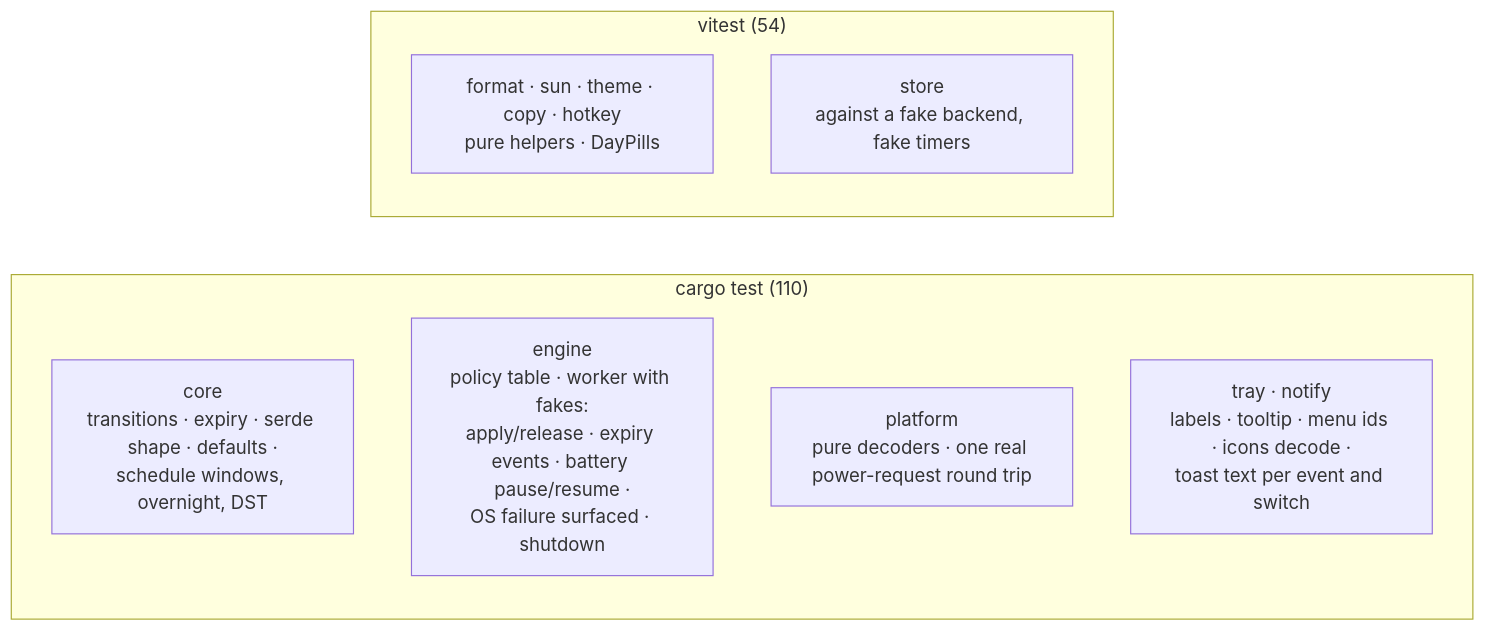
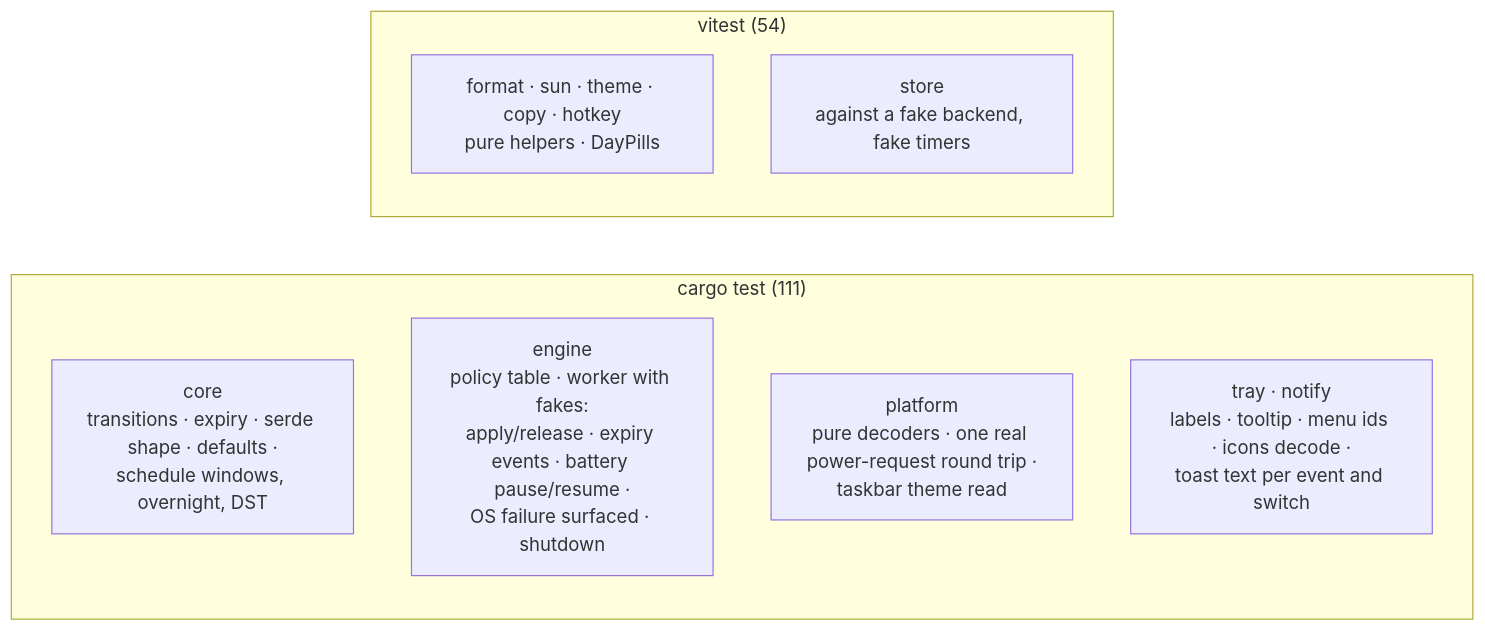
The second of 2 diagrams in docs/development.md (ax5hay/KeepMeAwake), drawn with Mermaid before and after one commit.

Commit message:
docs(development): test counts after 0.2

````diff
--- a/docs/development.md
+++ b/docs/development.md
@@ -112,13 +112,13 @@
 ```mermaid
 flowchart LR
-    subgraph rust["cargo test (110)"]
+    subgraph rust["cargo test (111)"]
         core_t["core<br/>transitions · expiry · serde shape · defaults ·<br/>schedule windows, overnight, DST"]
         engine_t["engine<br/>policy table · worker with fakes:<br/>apply/release · expiry events · battery pause/resume ·<br/>OS failure surfaced · shutdown"]
-        platform_t["platform<br/>pure decoders · one real power-request round trip"]
+        platform_t["platform<br/>pure decoders · one real power-request round trip ·<br/>taskbar theme read"]
         tray_t["tray · notify<br/>labels · tooltip · menu ids · icons decode ·<br/>toast text per event and switch"]
     end
     subgraph ui["vitest (54)"]
         fmt["format · sun · theme · copy · hotkey<br/>pure helpers · DayPills"]
         store_t["store<br/>against a fake backend, fake timers"]
     end
 ```
````
